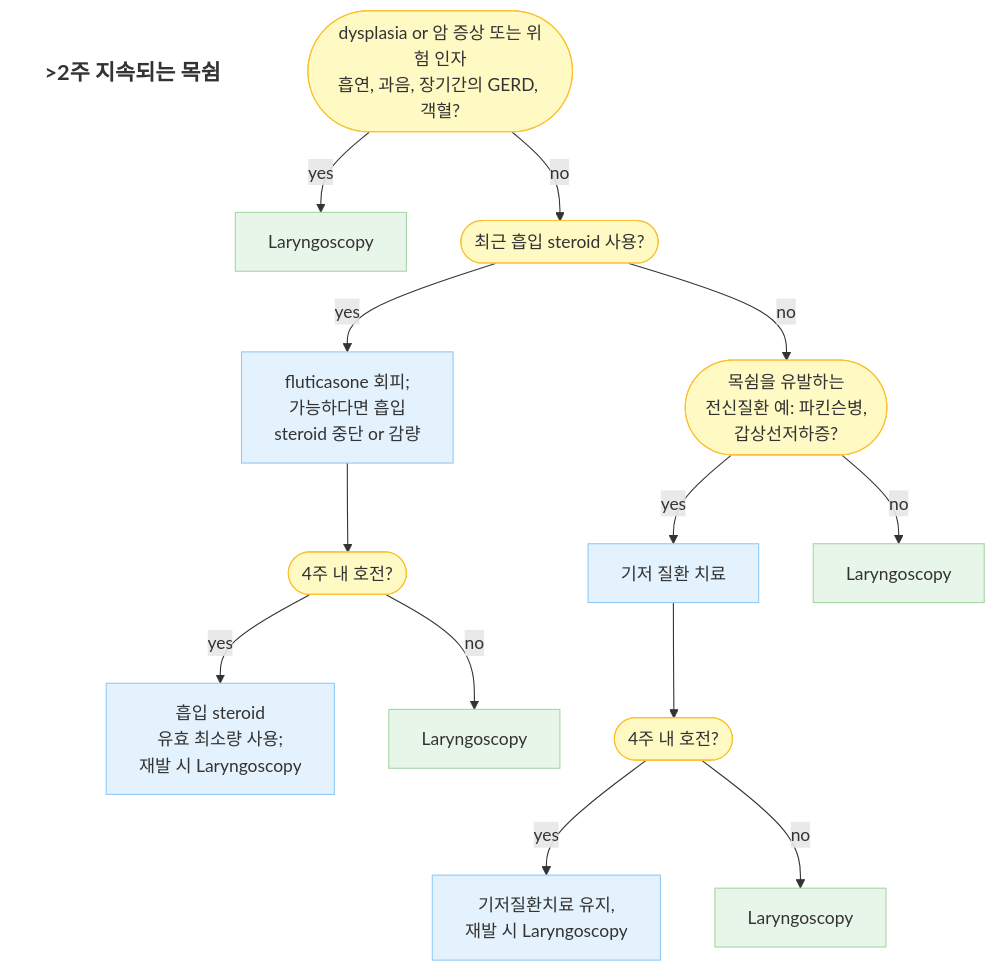
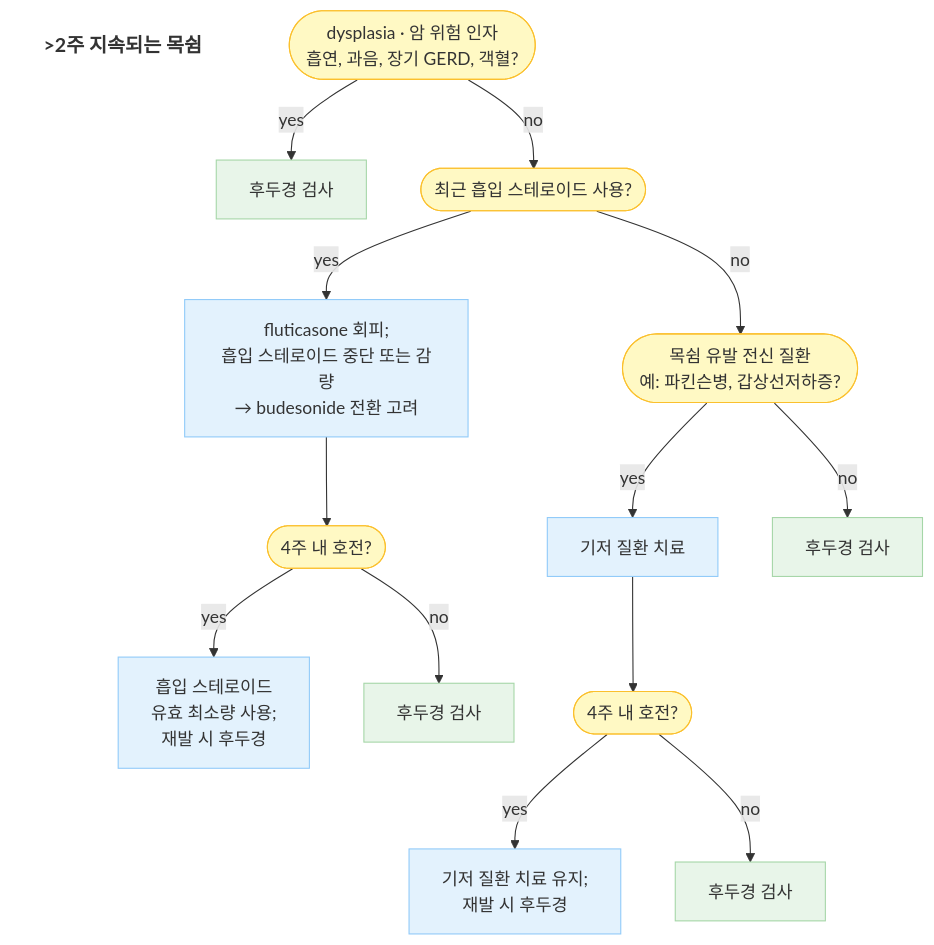
One commit to familyoh77/familyoh77 changed the second of 2 diagrams in 222_/058_-hoarseness.md. Above: the diagram before and after it, drawn with Mermaid. The commit also changed other lines of this file, not shown here.

````diff
--- a/222_/058_-hoarseness.md
+++ b/222_/058_-hoarseness.md
@@ -92,33 +120,32 @@
 ```mermaid
 graph TD
     Title[<b>>2주 지속되는 목쉼</b>]
-    style Title fill:none,stroke:none,font-size:20px
+    style Title fill:none,stroke:none,font-size:18px
 
-    Start([dysplasia or 암 증상 또는 위험 인자<br/>흡연, 과음, 장기간의 GERD, 객혈?])
-    
-    Start -- yes --> L1[Laryngoscopy]
-    Start -- no --> Q2([최근 흡입 steroid 사용?])
-    
-    Q2 -- yes --> A[fluticasone 회피;<br/>가능하다면 흡입<br/>steroid 중단 or 감량]
-    Q2 -- no --> B([목쉼을 유발하는<br/>전신질환 예: 파킨슨병,<br/>갑상선저하증?])
-    
+    Start([dysplasia · 암 위험 인자<br/>흡연, 과음, 장기 GERD, 객혈?])
+
+    Start -- yes --> L1[후두경 검사]
+    Start -- no --> Q2([최근 흡입 스테로이드 사용?])
+
+    Q2 -- yes --> A[fluticasone 회피;<br/>흡입 스테로이드 중단 또는 감량<br/>→ budesonide 전환 고려]
+    Q2 -- no --> B([목쉼 유발 전신 질환<br/>예: 파킨슨병, 갑상선저하증?])
+
     A --> A1([4주 내 호전?])
-    A1 -- yes --> A2[흡입 steroid<br/>유효 최소량 사용;<br/>재발 시 Laryngoscopy]
-    A1 -- no --> L2[Laryngoscopy]
-    
+    A1 -- yes --> A2[흡입 스테로이드<br/>유효 최소량 사용;<br/>재발 시 후두경]
+    A1 -- no --> L2[후두경 검사]
+
     B -- yes --> C[기저 질환 치료]
-    B -- no --> L3[Laryngoscopy]
-    
+    B -- no --> L3[후두경 검사]
+
     C --> C1([4주 내 호전?])
-    C1 -- yes --> C2[기저질환치료 유지,<br/>재발 시 Laryngoscopy]
-    C1 -- no --> L4[Laryngoscopy]
+    C1 -- yes --> C2[기저 질환 치료 유지;<br/>재발 시 후두경]
+    C1 -- no --> L4[후두경 검사]
 
-    %% 스타일 설정
     classDef yellow fill:#FFF9C4,stroke:#FBC02D;
     classDef blue fill:#E3F2FD,stroke:#90CAF9;
     classDef green fill:#E8F5E9,stroke:#A5D6A7;
-    
+
     class Start,Q2,B,A1,C1 yellow;
     class A,A2,C,C2 blue;
     class L1,L2,L3,L4 green;
 ```
````
